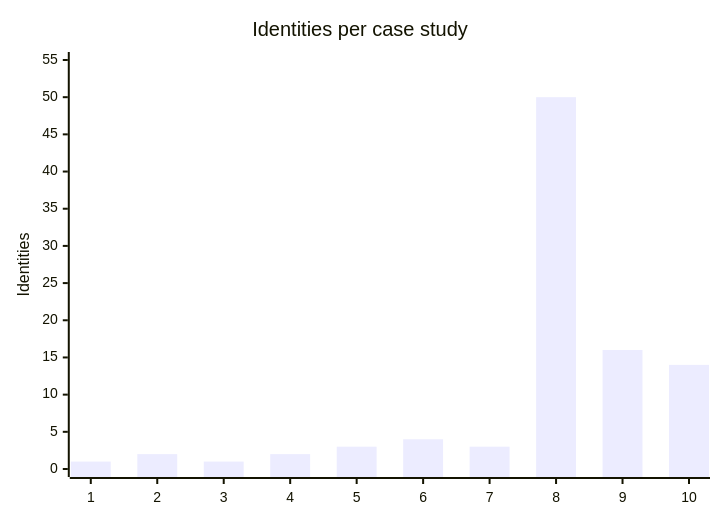
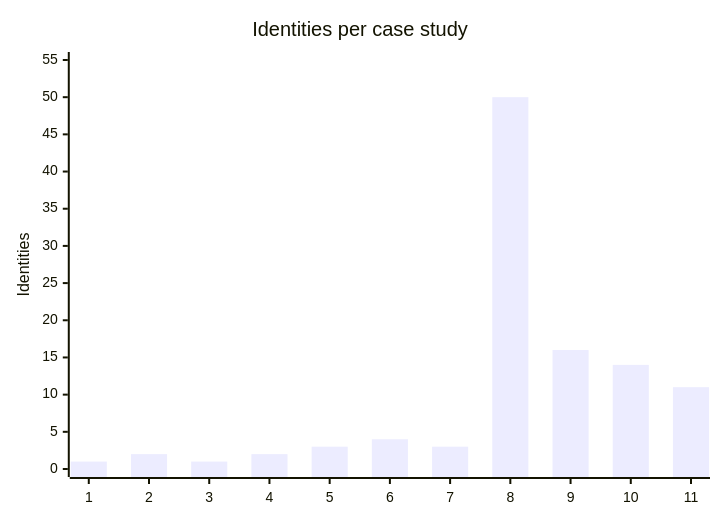
One commit to Smugandcomfy/waifu-ai-desktop changed the first of 17 diagrams in docs/USE_CASES.md. Above: the diagram before and after it, drawn with Mermaid. The commit also changed other lines of this file and 2 other files, not shown here.

````diff
--- a/docs/USE_CASES.md
+++ b/docs/USE_CASES.md
@@ -53,7 +53,7 @@
 ```mermaid
 xychart-beta
     title "Identities per case study"
-    x-axis ["1", "2", "3", "4", "5", "6", "7", "8", "9", "10"]
+    x-axis ["1", "2", "3", "4", "5", "6", "7", "8", "9", "10", "11"]
     y-axis "Identities" 0 --> 55
-    bar [1, 2, 1, 2, 3, 4, 3, 50, 16, 14]
+    bar [1, 2, 1, 2, 3, 4, 3, 50, 16, 14, 11]
 ```
````
